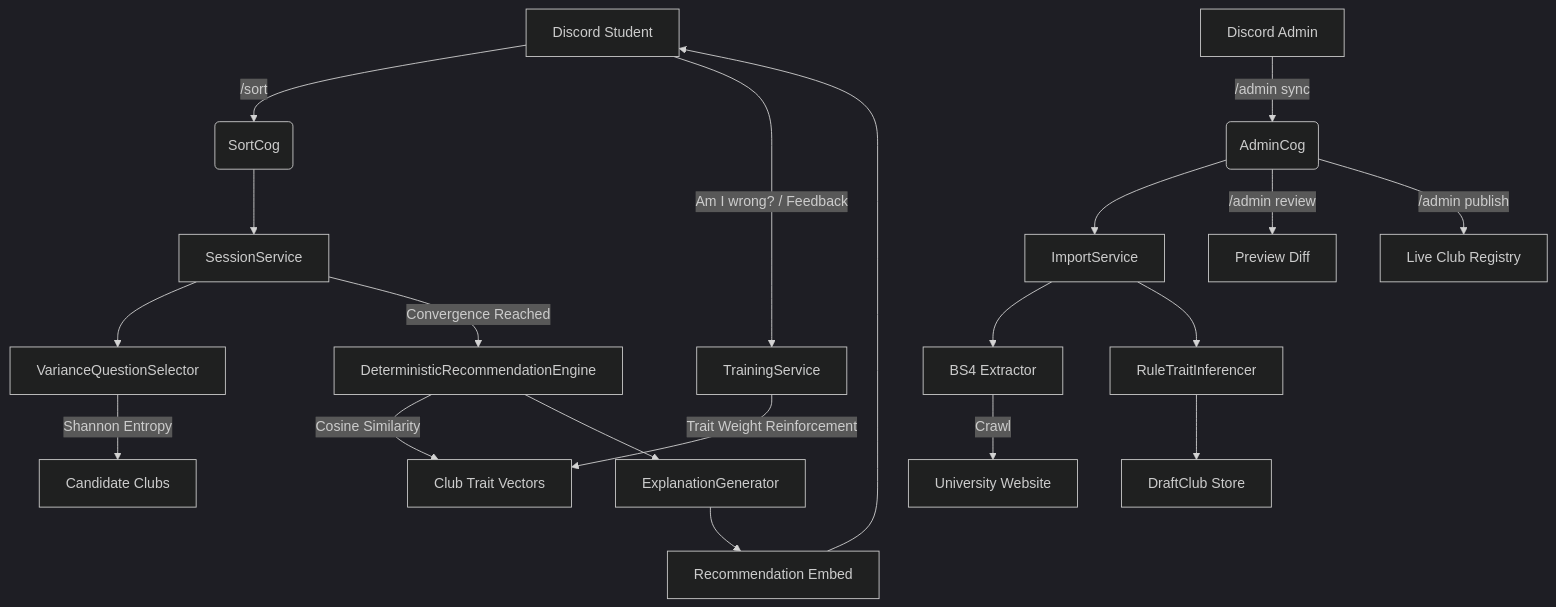
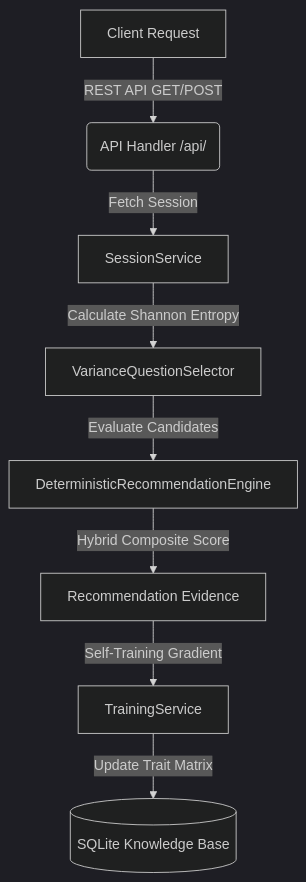
Before and after one commit to sorts-me/Discord: the diagram in README.md, drawn with Mermaid (dark theme). The commit also changed other lines of this file, not shown here.

Commit message:
docs: add Boundier-styled README for central engine

````diff
--- a/README.md
+++ b/README.md
@@ -48,24 +35,10 @@
 ```mermaid
 graph TD
-    A[Discord Student] -->|/sort| B(SortCog)
-    B --> C[SessionService]
-    C --> D[VarianceQuestionSelector]
-    D -->|Shannon Entropy| E[Candidate Clubs]
-    C -->|Convergence Reached| F[DeterministicRecommendationEngine]
-    F -->|Cosine Similarity| G[Club Trait Vectors]
-    F --> H[ExplanationGenerator]
-    H --> I[Recommendation Embed]
-    I --> A
-
-    A -->|Am I wrong? / Feedback| J[TrainingService]
-    J -->|Trait Weight Reinforcement| G
-
-    K[Discord Admin] -->|/admin sync| L(AdminCog)
-    L --> M[ImportService]
-    M --> N[BS4 Extractor]
-    N -->|Crawl| O[University Website]
-    M --> P[RuleTraitInferencer]
-    P --> Q[DraftClub Store]
-    L -->|/admin review| R[Preview Diff]
-    L -->|/admin publish| S[Live Club Registry]
+    A[Client Request] -->|REST API GET/POST| B(API Handler /api/)
+    B -->|Fetch Session| C[SessionService]
+    C -->|Calculate Shannon Entropy| D[VarianceQuestionSelector]
+    D -->|Evaluate Candidates| E[DeterministicRecommendationEngine]
+    E -->|Hybrid Composite Score| F[Recommendation Evidence]
+    F -->|Self-Training Gradient| G[TrainingService]
+    G -->|Update Trait Matrix| H[(SQLite Knowledge Base)]
 ```
````
